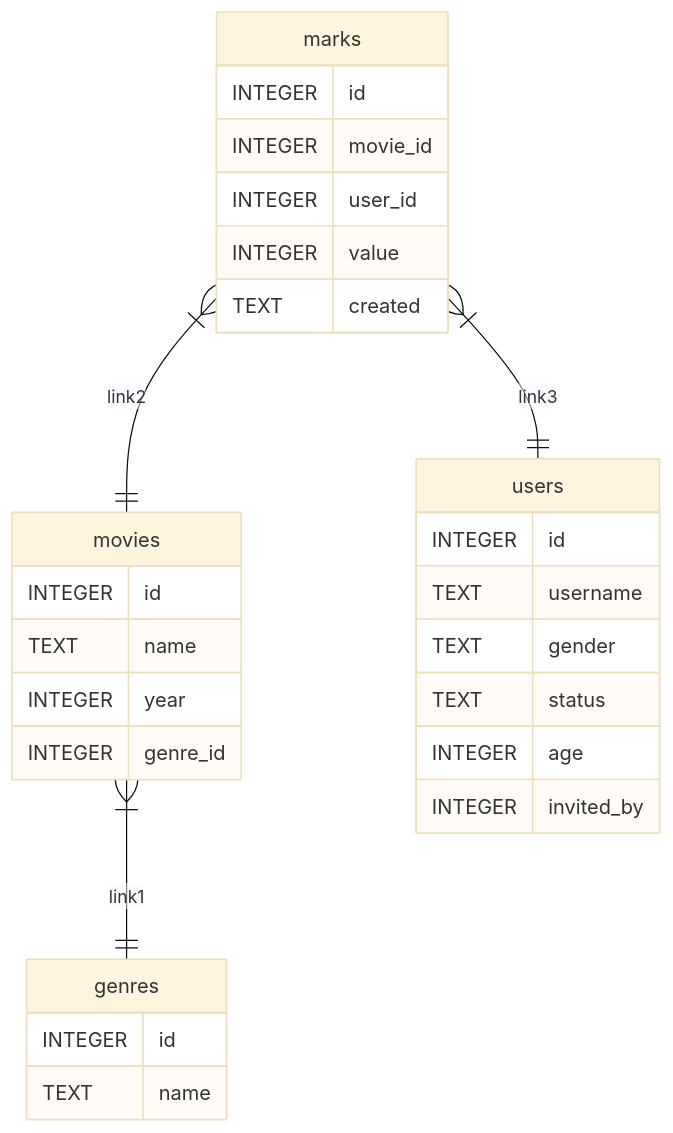
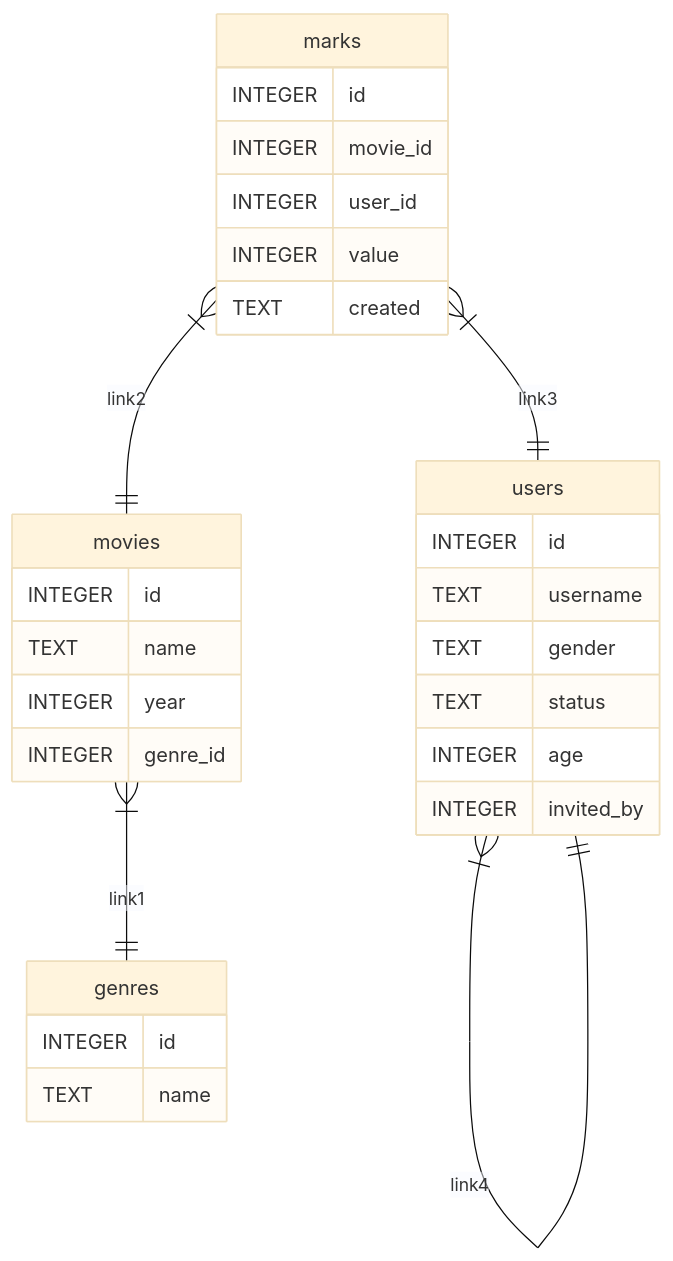
The diagram in imdb_diagram.md (an-2-an/data), drawn with Mermaid (base theme) before and after one commit.

````diff
--- a/imdb_diagram.md
+++ b/imdb_diagram.md
@@ -1,34 +1,35 @@
 ```mermaid
 ---
 Django ER Diagram
 ---
 erDiagram
 genres {
     INTEGER id
     TEXT name
 }
 movies {
     INTEGER id
     TEXT name
     INTEGER year
     INTEGER genre_id
 }
 users {
     INTEGER id
     TEXT username
     TEXT gender
     TEXT status
     INTEGER age
     INTEGER invited_by
 }
 marks {
     INTEGER id
     INTEGER movie_id
     INTEGER user_id
     INTEGER value
     TEXT created
 }
 movies }|--|| genres : link1
 marks }|--|| movies : link2
 marks }|--|| users : link3
+users }|--|| users : link4
 ```
````
